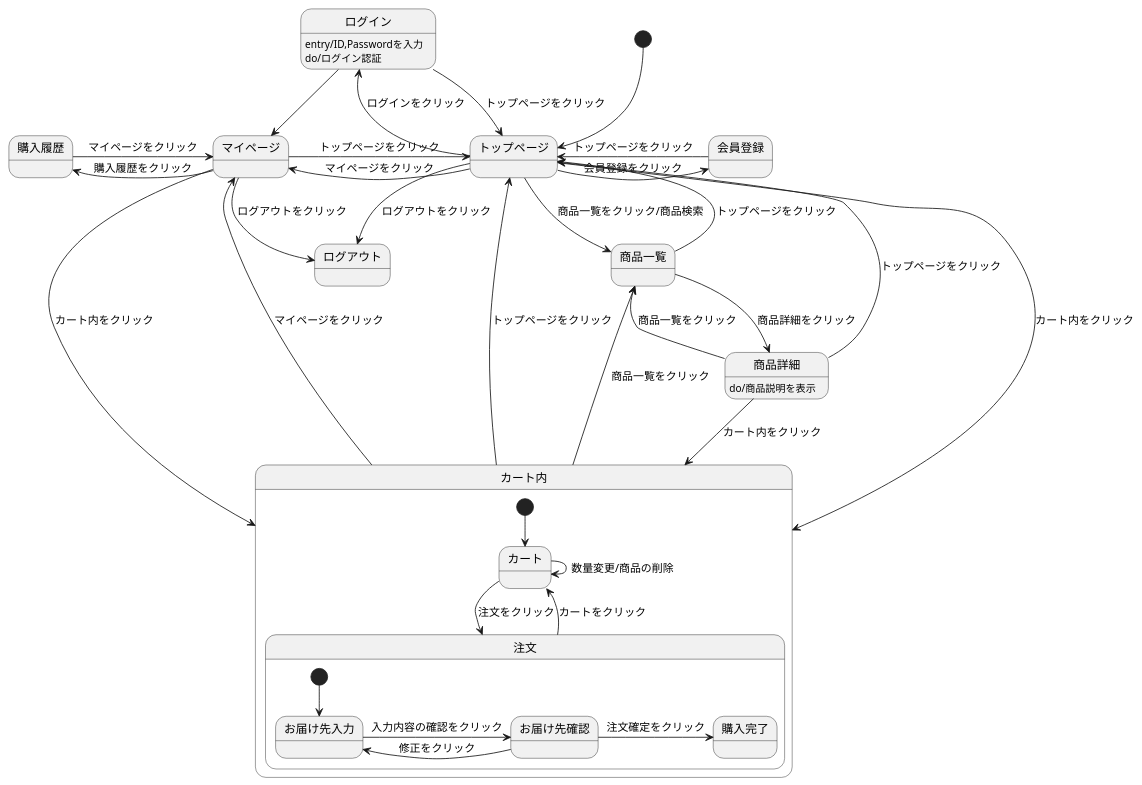
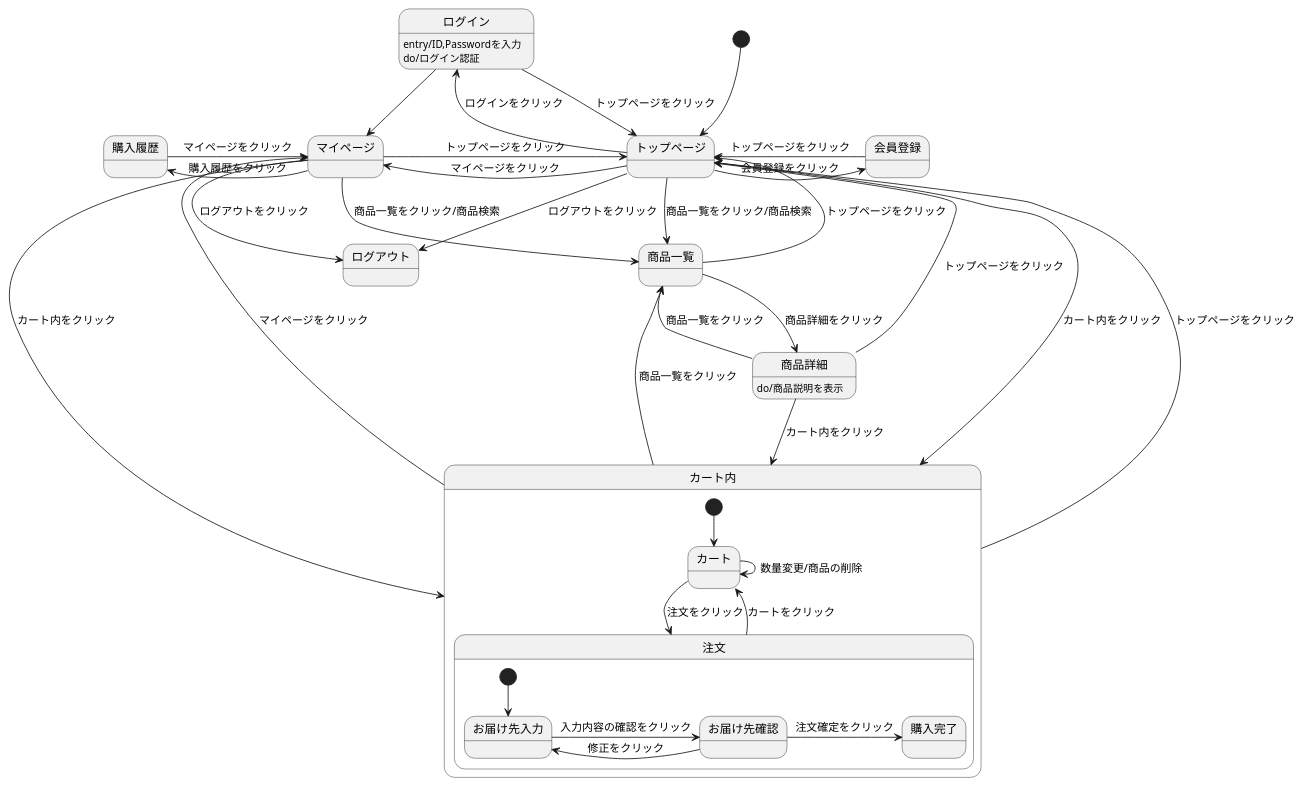
The diagram in Mypage(状態遷移図).md (Aso2001163/2021sys-design-2), drawn with PlantUML before and after one commit.

````diff
--- a/Mypage(状態遷移図).md
+++ b/Mypage(状態遷移図).md
@@ -1,43 +1,44 @@
 ```uml
 @startuml
 [*] --> トップページ
 トップページ -> 会員登録 : 会員登録をクリック
 会員登録 -> トップページ : トップページをクリック
 トップページ -left-> マイページ : マイページをクリック
 トップページ -left-> ログイン : ログインをクリック
 ログイン -> トップページ : トップページをクリック
 ログイン -down-> マイページ 
 ログイン:entry/ID,Passwordを入力
 ログイン:do/ログイン認証
 マイページ -> トップページ : トップページをクリック
 マイページ -down-> ログアウト : ログアウトをクリック
 マイページ -left-> 購入履歴 : 購入履歴をクリック
+マイページ -right-> 商品一覧 : 商品一覧をクリック/商品検索
 マイページ -down-> カート内 : カート内をクリック  
 購入履歴 -> マイページ : マイページをクリック
 トップページ --> 商品一覧 : 商品一覧をクリック/商品検索
 トップページ -> カート内 : カート内をクリック
 トップページ -> ログアウト : ログアウトをクリック
 商品一覧 -> トップページ : トップページをクリック
 商品一覧 -> 商品詳細 : 商品詳細をクリック  
 商品詳細:do/商品説明を表示
 商品詳細 -down-> 商品一覧 : 商品一覧をクリック
 商品詳細 -down-> カート内 : カート内をクリック
 商品詳細 -up-> トップページ : トップページをクリック
 カート内 -> 商品一覧 : 商品一覧をクリック
 カート内 -up-> トップページ : トップページをクリック
 カート内 -up-> マイページ : マイページをクリック   
 
 state カート内 {
   [*] --> カート
   カート -down-> 注文 : 注文をクリック
   カート -> カート : 数量変更/商品の削除
   注文 -down-> カート : カートをクリック
   state 注文 {
     [*] --> お届け先入力
     お届け先入力 -> お届け先確認 : 入力内容の確認をクリック
     お届け先確認 -> お届け先入力 : 修正をクリック
     お届け先確認 -> 購入完了 : 注文確定をクリック
     }
  }
 @enduml
 ```
````
